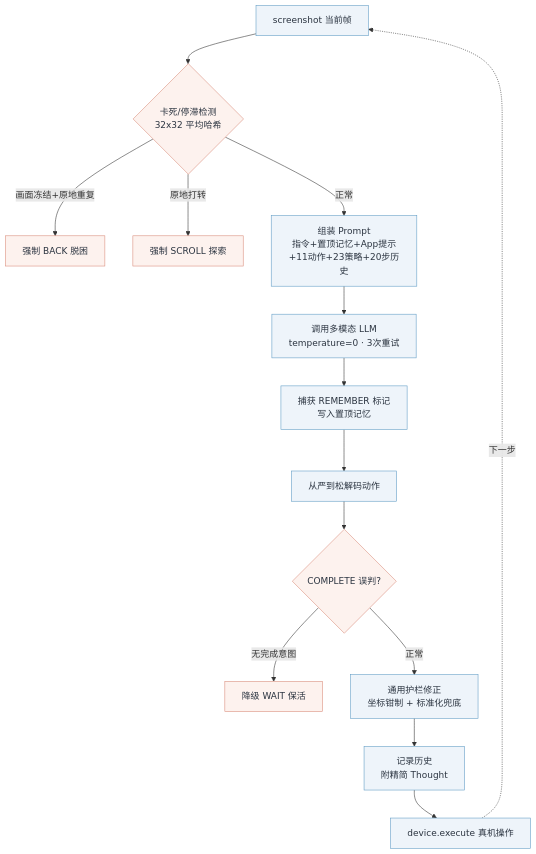
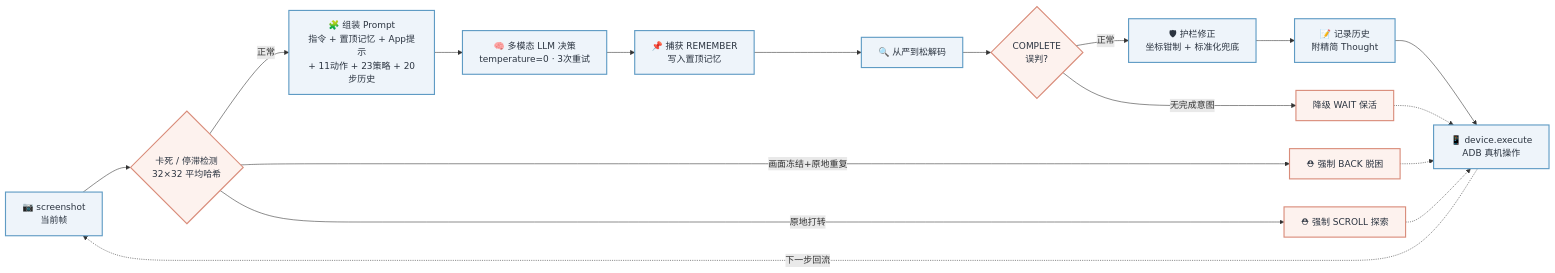
The second of 3 diagrams in README.md (UAVLLMs/GUI-Agent), drawn with Mermaid before and after one commit. The commit also changed other lines of this file and 1 other file, not shown here.

Commit message:
docs: 优化 README 排版与视觉，脱敏截图手机号

````diff
--- a/README.md
+++ b/README.md
@@ -153,21 +212,24 @@
 ```mermaid
-flowchart TD
-    A["screenshot 当前帧"] --> B{"卡死/停滞检测<br/>32x32 平均哈希"}
-    B -->|画面冻结+原地重复| G1["强制 BACK 脱困"]
-    B -->|原地打转| G2["强制 SCROLL 探索"]
-    B -->|正常| C["组装 Prompt<br/>指令+置顶记忆+App提示<br/>+11动作+23策略+20步历史"]
-    C --> D["调用多模态 LLM<br/>temperature=0 · 3次重试"]
-    D --> E["捕获 REMEMBER 标记<br/>写入置顶记忆"]
-    E --> F["从严到松解码动作"]
-    F --> H{"COMPLETE 误判?"}
+flowchart LR
+    A["📷 screenshot<br/>当前帧"] --> B{"卡死 / 停滞检测<br/>32×32 平均哈希"}
+    B -->|正常| C["🧩 组装 Prompt<br/>指令 + 置顶记忆 + App提示<br/>+ 11动作 + 23策略 + 20步历史"]
+    B -->|画面冻结+原地重复| G1["⛑ 强制 BACK 脱困"]
+    B -->|原地打转| G2["⛑ 强制 SCROLL 探索"]
+    C --> D["🧠 多模态 LLM 决策<br/>temperature=0 · 3次重试"]
+    D --> E["📌 捕获 REMEMBER<br/>写入置顶记忆"]
+    E --> F["🔍 从严到松解码"]
+    F --> H{"COMPLETE<br/>误判?"}
+    H -->|正常| J["🛡 护栏修正<br/>坐标钳制 + 标准化兜底"]
     H -->|无完成意图| I["降级 WAIT 保活"]
-    H -->|正常| J["通用护栏修正<br/>坐标钳制 + 标准化兜底"]
-    J --> K["记录历史<br/>附精简 Thought"]
-    K --> L["device.execute 真机操作"]
-    L -.->|下一步| A
+    J --> K["📝 记录历史<br/>附精简 Thought"]
+    K --> L["📱 device.execute<br/>ADB 真机操作"]
+    L -.->|下一步回流| A
+    G1 -.-> L
+    G2 -.-> L
+    I -.-> L
 
-    classDef d fill:#eef4fa,stroke:#5f9bc4,color:#2b3440
-    classDef g fill:#fdf2ee,stroke:#d98c7a,color:#2b3440
+    classDef d fill:#eef4fa,stroke:#5f9bc4,color:#2b3440,stroke-width:2px
+    classDef g fill:#fdf2ee,stroke:#d98c7a,color:#2b3440,stroke-width:2px
     class A,C,D,E,F,J,K,L d
     class B,G1,G2,H,I g
 ```
````
